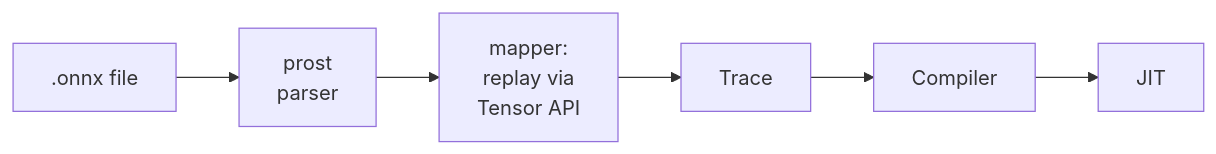
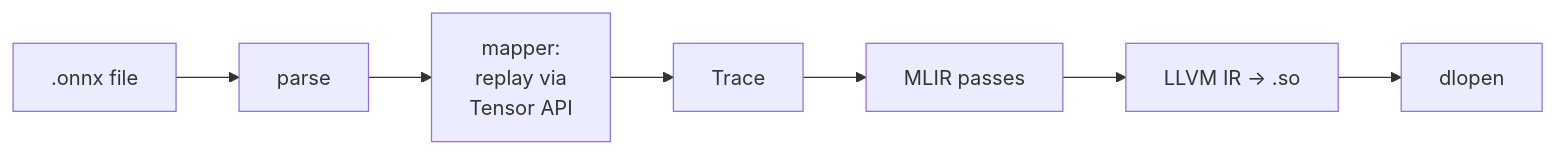
One commit to edg-l/homura changed the second of 2 diagrams in README.md. Above: the diagram before and after it, drawn with Mermaid. The commit also changed other lines of this file and 1 other file, not shown here.

````diff
--- a/README.md
+++ b/README.md
@@ -53,8 +55,9 @@
 ```mermaid
 flowchart LR
-    A[".onnx file"] --> B["prost<br>parser"]
+    A[".onnx file"] --> B["parse"]
     B --> C["mapper:<br>replay via<br>Tensor API"]
     C --> D["Trace"]
-    D --> E["Compiler"]
-    E --> F["JIT"]
+    D --> E["MLIR passes"]
+    E --> F["LLVM IR → .so"]
+    F --> G["dlopen"]
 ```
````
